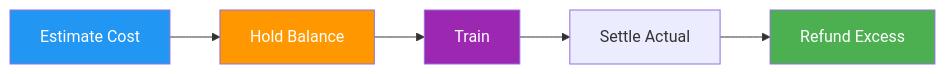
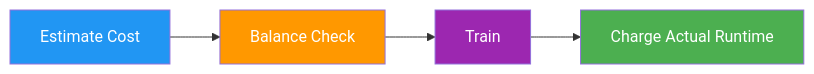
One commit to medusa717/AI-ULTRALYTICS changed the third of 3 diagrams in docs/en/platform/train/cloud-training.md. Above: the diagram before and after it, drawn with Mermaid. The commit also changed other lines of this file and 20 other files, not shown here.

````diff
--- a/docs/en/platform/train/cloud-training.md
+++ b/docs/en/platform/train/cloud-training.md
@@ -317,12 +336,11 @@
 ```mermaid
 graph LR
-    A[Estimate Cost] --> B[Hold Balance]
+    A[Estimate Cost] --> B[Balance Check]
     B --> C[Train]
-    C --> D[Settle Actual]
-    D --> E[Refund Excess]
+    C --> D[Charge Actual Runtime]
 
     style A fill:#2196F3,color:#fff
     style B fill:#FF9800,color:#fff
     style C fill:#9C27B0,color:#fff
-    style E fill:#4CAF50,color:#fff
+    style D fill:#4CAF50,color:#fff
 ```
````
